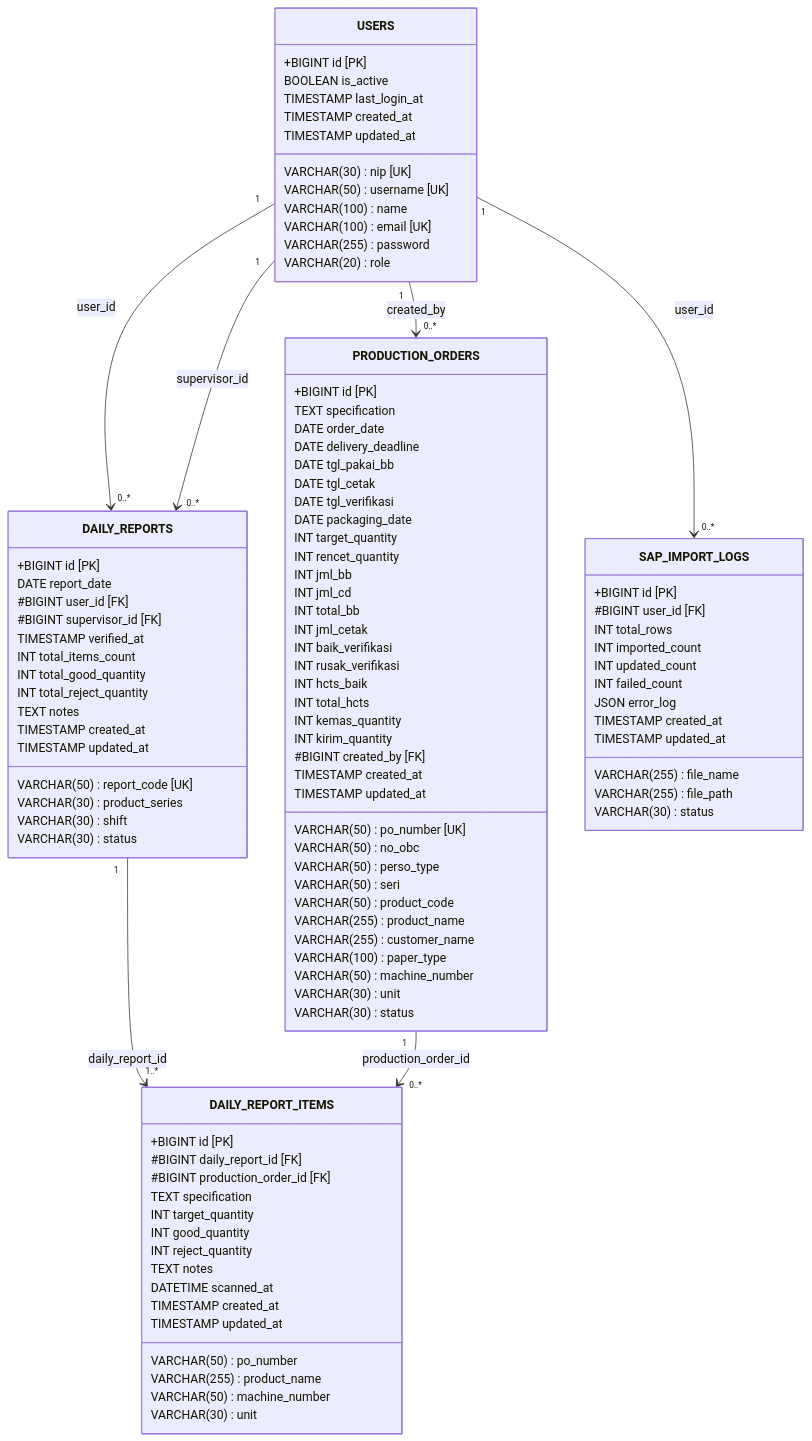
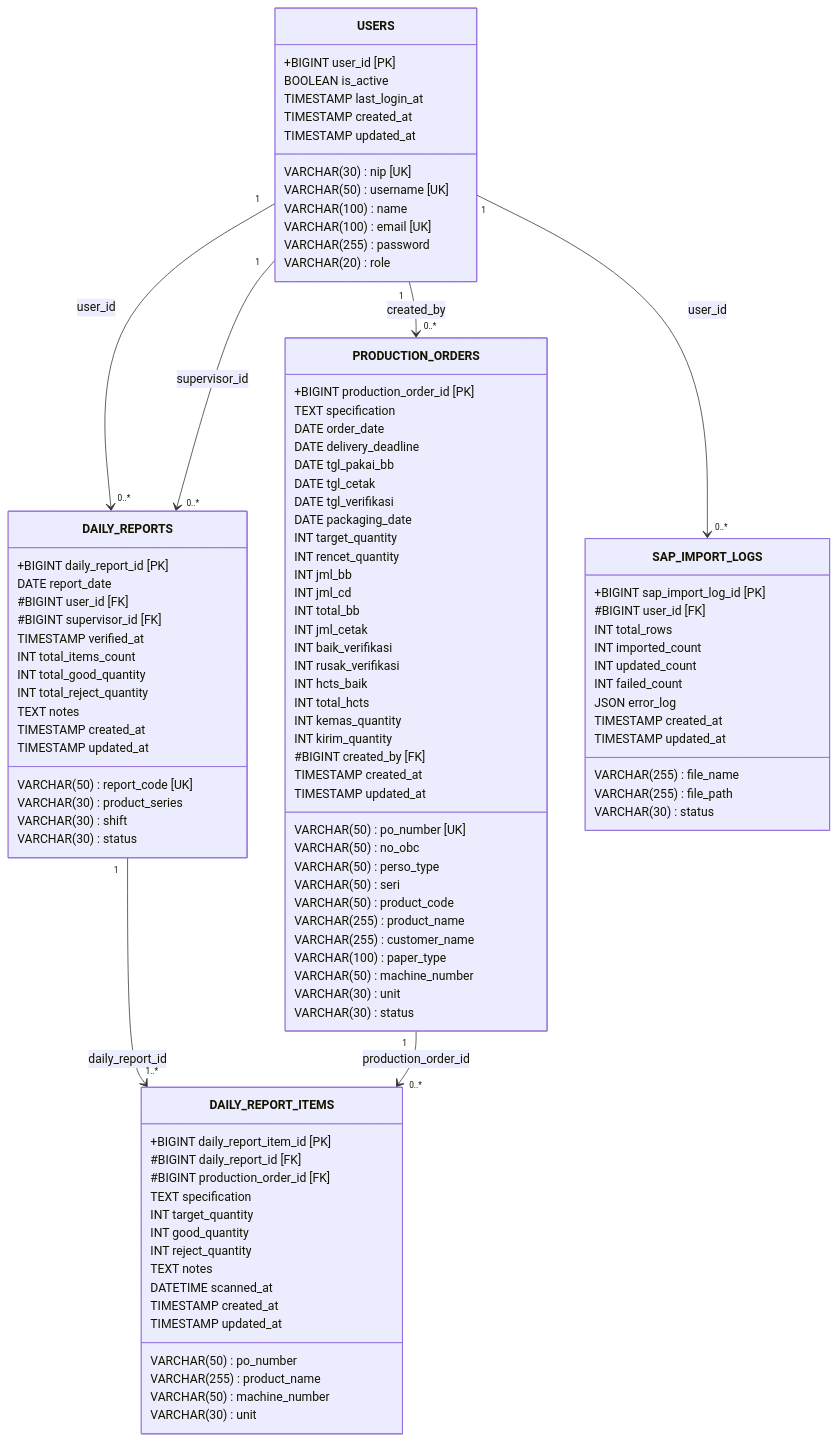
One commit to ZulfikarHD/scan-produksi changed the third of 4 diagrams in docs/architecture.md. Above: the diagram before and after it, drawn with Mermaid. The commit also changed other lines of this file and 35 other files, not shown here.

````diff
--- a/docs/architecture.md
+++ b/docs/architecture.md
@@ -183,7 +183,7 @@
 ```mermaid
 classDiagram
     class USERS {
-        +BIGINT id [PK]
+        +BIGINT user_id [PK]
         VARCHAR(30) nip [UK]
         VARCHAR(50) username [UK]
         VARCHAR(100) name
@@ -197,7 +197,7 @@
     }
 
     class PRODUCTION_ORDERS {
-        +BIGINT id [PK]
+        +BIGINT production_order_id [PK]
         VARCHAR(50) po_number [UK]
         VARCHAR(50) no_obc
         VARCHAR(50) perso_type
@@ -234,7 +234,7 @@
     }
 
     class DAILY_REPORTS {
-        +BIGINT id [PK]
+        +BIGINT daily_report_id [PK]
         VARCHAR(50) report_code [UK]
         VARCHAR(30) product_series
         DATE report_date
@@ -252,7 +252,7 @@
     }
 
     class DAILY_REPORT_ITEMS {
-        +BIGINT id [PK]
+        +BIGINT daily_report_item_id [PK]
         #BIGINT daily_report_id [FK]
         #BIGINT production_order_id [FK]
         VARCHAR(50) po_number
@@ -270,7 +270,7 @@
     }
 
     class SAP_IMPORT_LOGS {
-        +BIGINT id [PK]
+        +BIGINT sap_import_log_id [PK]
         #BIGINT user_id [FK]
         VARCHAR(255) file_name
         VARCHAR(255) file_path
````
